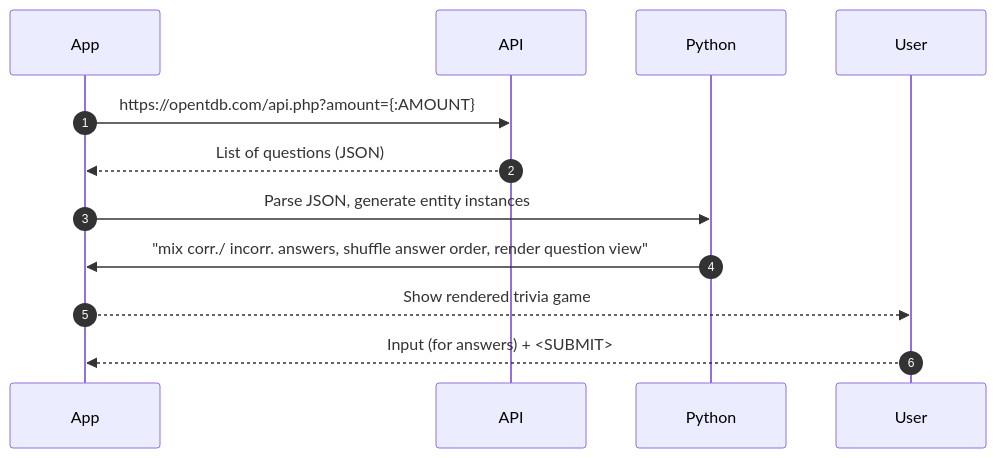
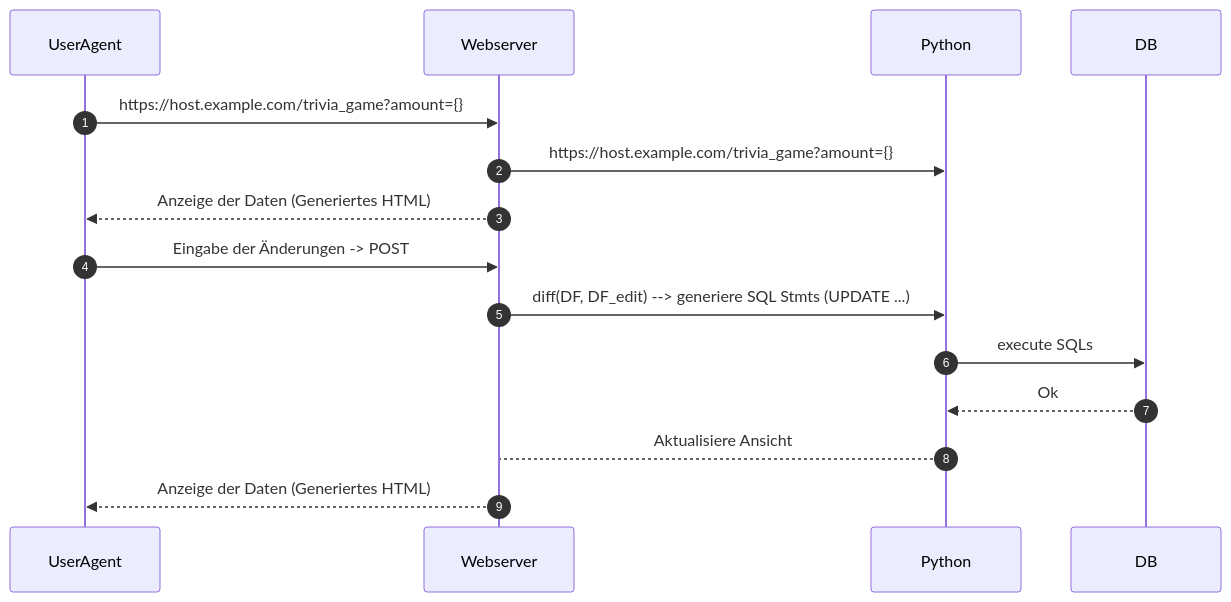
Before and after one commit to nevsglueckauf/pyquiz: the diagram in doq/dad.md, drawn with Mermaid. The commit also changed other lines of this file and 2 other files, not shown here.

Commit message:
Commiting first stuff ..

````diff
--- a/doq/dad.md
+++ b/doq/dad.md
@@ -5,12 +7,13 @@
 ```mermaid
 sequenceDiagram
     autonumber
-    
-    App->>API: https://opentdb.com/api.php?amount={:AMOUNT}
-    API-->>App: List of questions (JSON)
-    App->>Python:  Parse JSON, generate entity instances 
-    Python->>App:  "mix corr./ incorr. answers, shuffle answer order, render question view"
-    App-->>User: Show rendered trivia game
-    User-->>App: Input (for answers) + <SUBMIT>
-
+    UserAgent->>Webserver: https://host.example.com/trivia_game?amount={}
+    Webserver->>Python: https://host.example.com/trivia_game?amount={}
+    Webserver-->>UserAgent: Anzeige der Daten (Generiertes HTML) 
+    UserAgent->>Webserver: Eingabe der Änderungen -> POST
+    Webserver->>Python:  diff(DF, DF_edit) --> generiere SQL Stmts (UPDATE ...) 
+    Python->>DB:  execute SQLs
+    DB-->>Python: Ok
+    Python-->Webserver: Aktualisiere Ansicht
+    Webserver-->>UserAgent: Anzeige der Daten (Generiertes HTML) 
 ```
````
